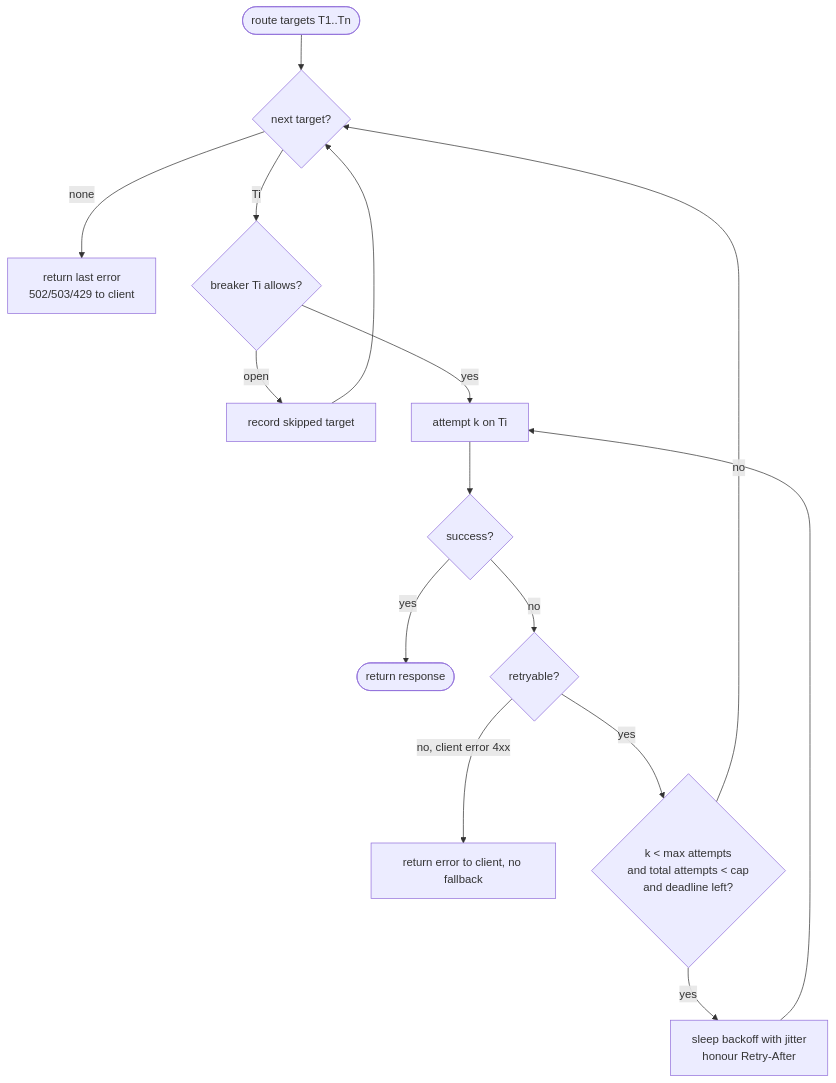
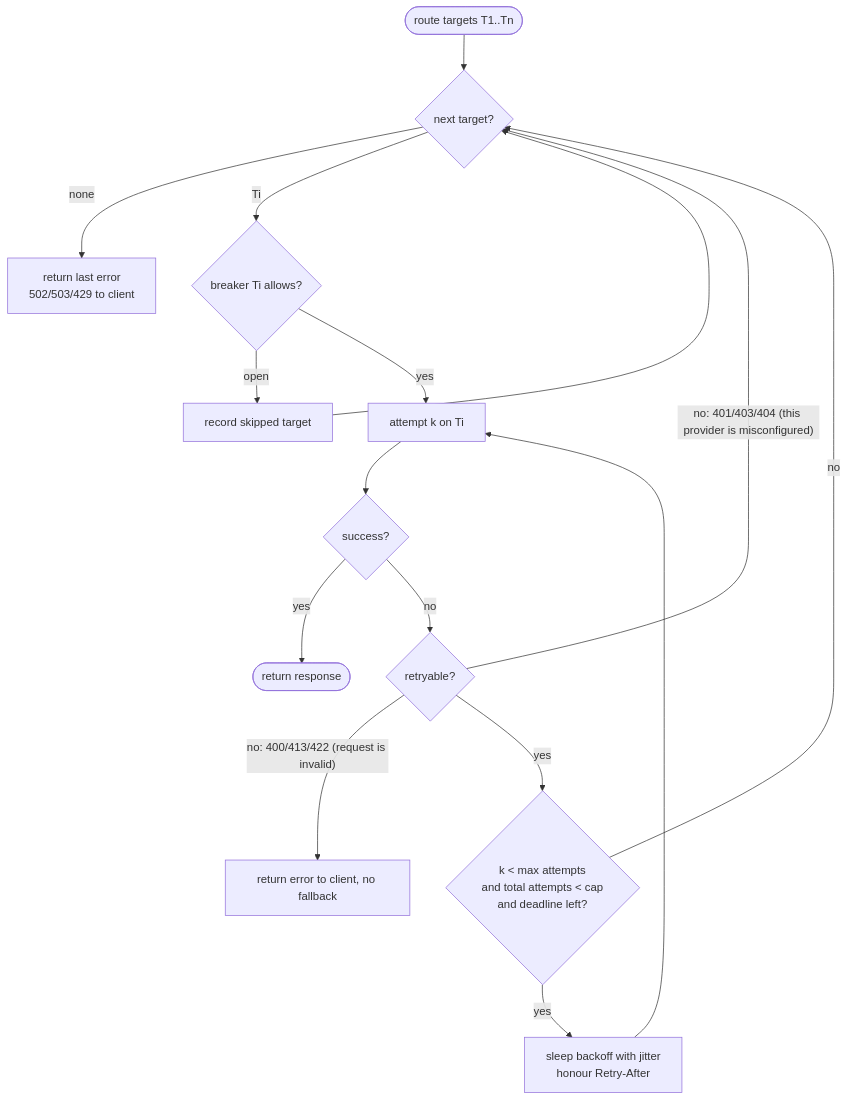
The fourth of 5 diagrams in docs/SYSTEM_ARCHITECTURE.md (kzncod-e/llm_gateway_v2), drawn with Mermaid before and after one commit. The commit also changed other lines of this file and 137 other files, not shown here.

````diff
--- a/docs/SYSTEM_ARCHITECTURE.md
+++ b/docs/SYSTEM_ARCHITECTURE.md
@@ -130,15 +130,16 @@
 ```mermaid
 flowchart TD
   Start([route targets T1..Tn]) --> Next{next target?}
   Next -- none --> Fail[return last error<br/>502/503/429 to client]
   Next -- Ti --> Br{breaker Ti allows?}
   Br -- open --> Skip[record skipped target] --> Next
   Br -- yes --> Try[attempt k on Ti]
   Try --> Ok{success?}
   Ok -- yes --> Done([return response])
   Ok -- no --> Kind{retryable?}
-  Kind -- no, client error 4xx --> Fail4[return error to client, no fallback]
+  Kind -- "no: 400/413/422 (request is invalid)" --> Fail4[return error to client, no fallback]
+  Kind -- "no: 401/403/404 (this provider is misconfigured)" --> Next
   Kind -- yes --> More{k < max attempts<br/>and total attempts < cap<br/>and deadline left?}
   More -- yes --> Backoff[sleep backoff with jitter<br/>honour Retry-After] --> Try
   More -- no --> Next
 ```
````
